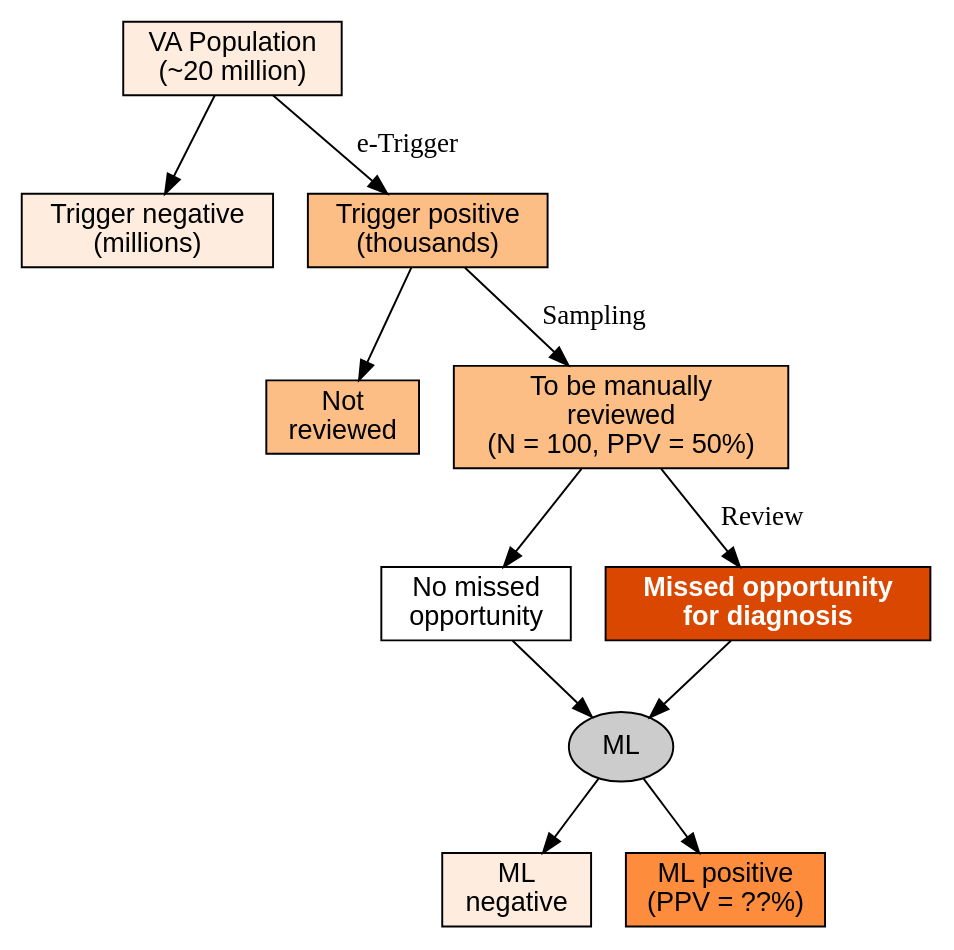
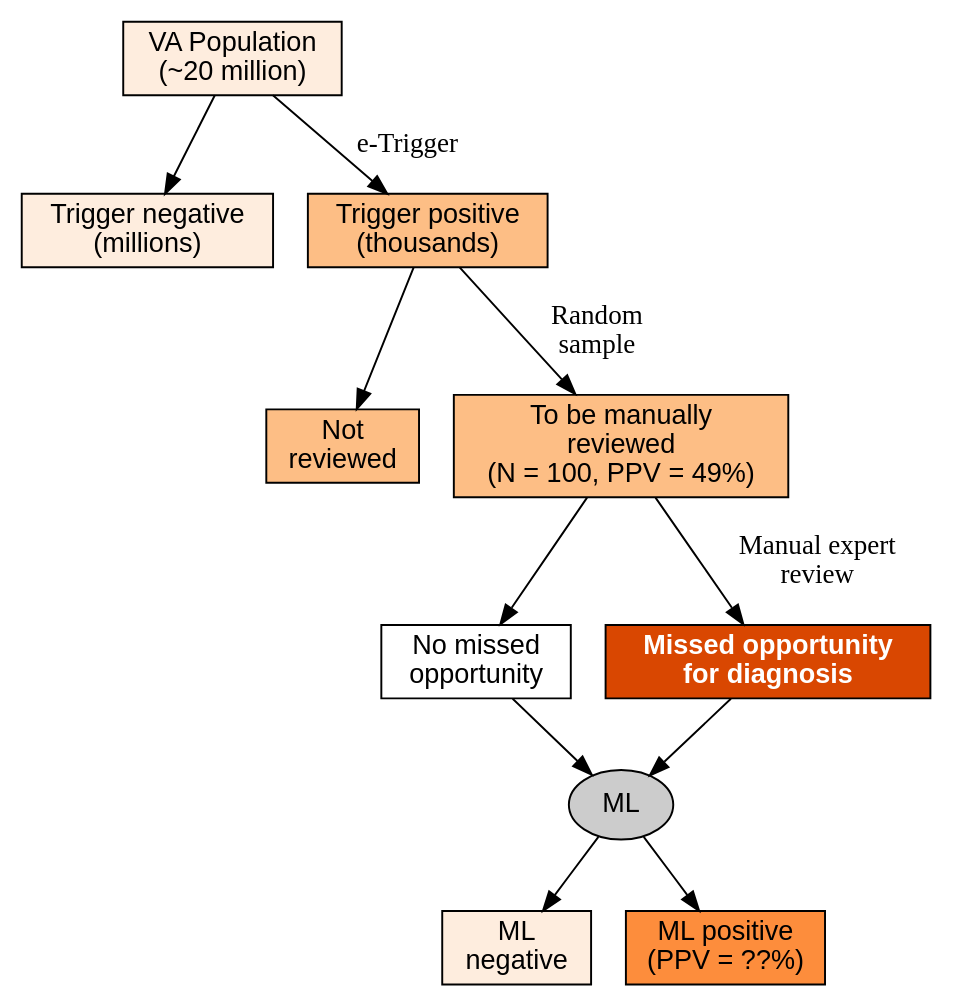
Before and after one commit to zimolzak/ml-detect-diagnostic-safety: the diagram in AndyZimolzak/flow-colors-sparser.dot, drawn with Graphviz.

Commit message:
initial changes to some labels

```diff
--- a/AndyZimolzak/flow-colors-sparser.dot
+++ b/AndyZimolzak/flow-colors-sparser.dot
@@ -1,38 +1,43 @@
 digraph G {
 
 node [style = filled, fillcolor="white", fontname="Helvetica", colorscheme="oranges4"]
   //rankdir = "LR";
 
 // Rectangles for number of charts
 
 twentyMillion [shape="rectangle", label="VA Population\n(~20 million)", fillcolor=1];
 millionsNeg [shape="rectangle", label="Trigger negative\n(millions)", fillcolor=1];
 thousands [shape="rectangle", label="Trigger positive\n(thousands)", fillcolor=2];
+
 notReview [shape="rectangle" label="Not\nreviewed", fillcolor=2];
-hundredReview [shape="rectangle", label="To be manually\nreviewed\n(N = 100, PPV = 50%)", fillcolor=2];
+hundredReview [shape="rectangle", label="To be manually\nreviewed\n(N = 100, PPV = 49%)", fillcolor=2];
+
 noMissedOD [shape="rectangle", label="No missed\nopportunity"];
 MissedOD [shape="rectangle", label="Missed opportunity\nfor diagnosis", fillcolor=4, fontcolor="white", fontname="Helvetica-Bold"];
 
 mlneg [shape="rectangle", fillcolor=1, label="ML\nnegative"];
 mlpos [shape="rectangle", fillcolor=3, label="ML positive\n(PPV = ??%)"];  // color 3 is used only for ML +
 
 ML [fillcolor="#cccccc"];
 
+
+
+
 // Edges
 
 twentyMillion -> millionsNeg;
 twentyMillion -> thousands [label="e-Trigger"];
 
 thousands -> notReview;
-thousands -> hundredReview [label="Sampling"];
+thousands -> hundredReview [label="Random\nsample"];
 
 hundredReview -> noMissedOD;
-hundredReview -> MissedOD [label="Review"];
+hundredReview -> MissedOD [label="Manual expert\nreview"];
 
 noMissedOD -> ML;
 MissedOD -> ML;
 
 ML -> mlneg;
 ML -> mlpos;
 
 }
```
